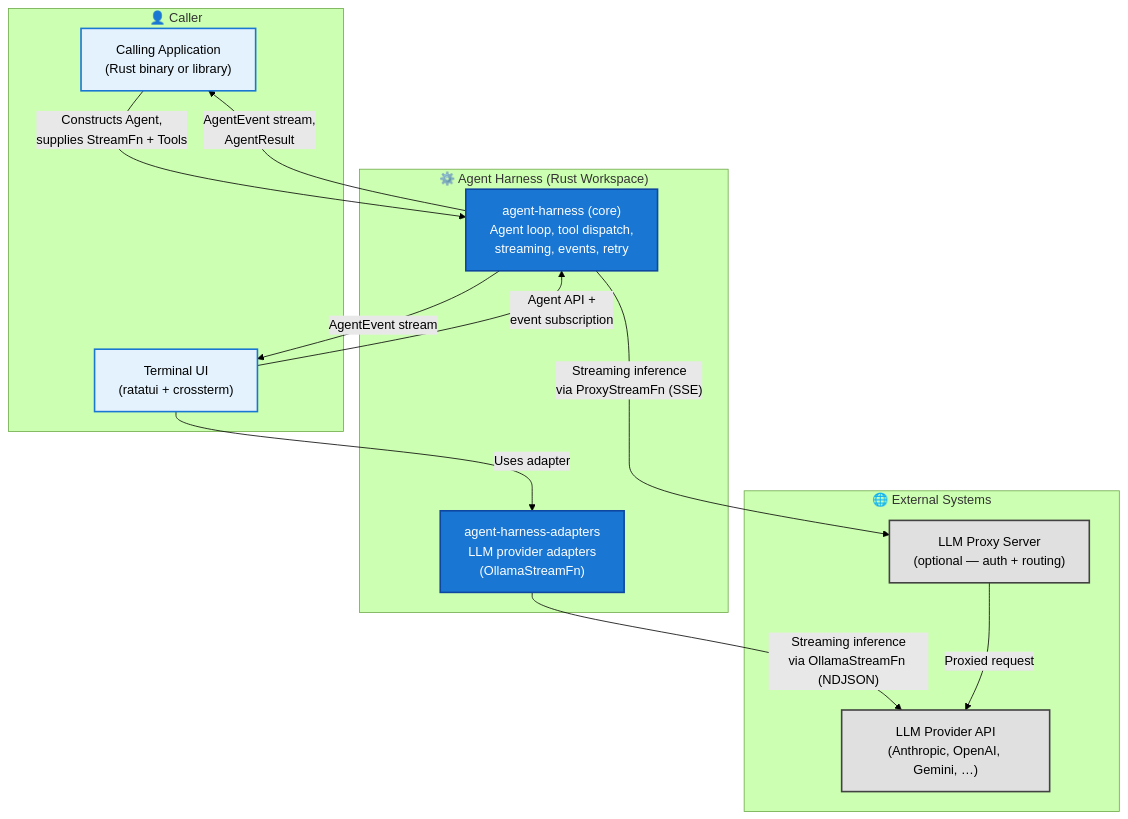
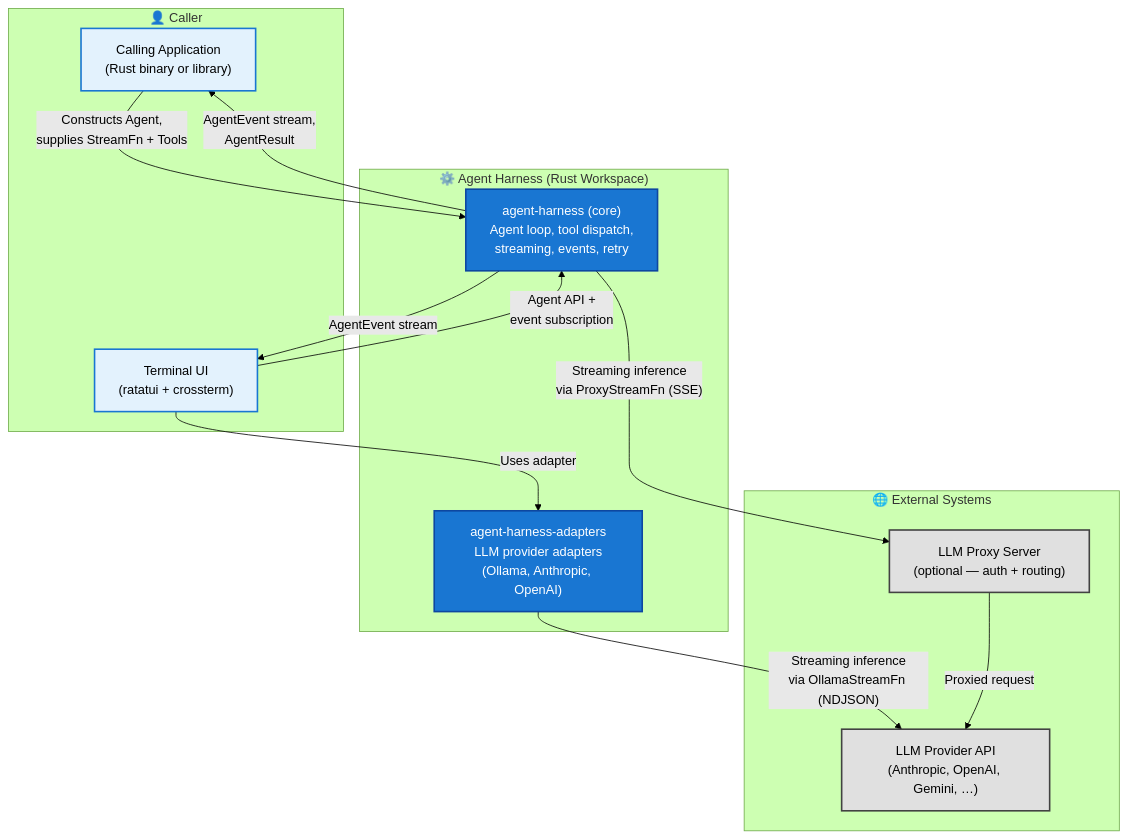
One commit to SuperSwinkAI/Swink-Agent changed the first of 5 diagrams in docs/architecture/HLD.md. Above: the diagram before and after it, drawn with Mermaid (forest theme). The commit also changed other lines of this file and 22 other files, not shown here.

````diff
--- a/docs/architecture/HLD.md
+++ b/docs/architecture/HLD.md
@@ -18,34 +18,34 @@
 ```mermaid
 flowchart TB
     subgraph CallerLayer["👤 Caller"]
         App["Calling Application<br/>(Rust binary or library)"]
         TUI["Terminal UI<br/>(ratatui + crossterm)"]
     end
 
     subgraph HarnessSystem["⚙️ Agent Harness (Rust Workspace)"]
         Harness["agent-harness (core)<br/>Agent loop, tool dispatch,<br/>streaming, events, retry"]
-        Adapters["agent-harness-adapters<br/>LLM provider adapters<br/>(OllamaStreamFn)"]
+        Adapters["agent-harness-adapters<br/>LLM provider adapters<br/>(Ollama, Anthropic, OpenAI)"]
     end
 
     subgraph ExternalSystems["🌐 External Systems"]
         LLMProvider["LLM Provider API<br/>(Anthropic, OpenAI, Gemini, …)"]
         ProxyServer["LLM Proxy Server<br/>(optional — auth + routing)"]
     end
 
     App -->|"Constructs Agent,<br/>supplies StreamFn + Tools"| Harness
     Harness -->|"AgentEvent stream,<br/>AgentResult"| App
     TUI -->|"Agent API +<br/>event subscription"| Harness
     TUI -->|"Uses adapter"| Adapters
     Harness -->|"AgentEvent stream"| TUI
     Adapters -->|"Streaming inference<br/>via OllamaStreamFn (NDJSON)"| LLMProvider
     Harness -->|"Streaming inference<br/>via ProxyStreamFn (SSE)"| ProxyServer
     ProxyServer -->|"Proxied request"| LLMProvider
 
     classDef callerStyle fill:#e3f2fd,stroke:#1976d2,stroke-width:2px,color:#000
     classDef harnessStyle fill:#1976d2,stroke:#0d47a1,stroke-width:2px,color:#fff
     classDef externalStyle fill:#e0e0e0,stroke:#424242,stroke-width:2px,color:#000
 
     class App,TUI callerStyle
     class Harness,Adapters harnessStyle
     class LLMProvider,ProxyServer externalStyle
 ```
````
